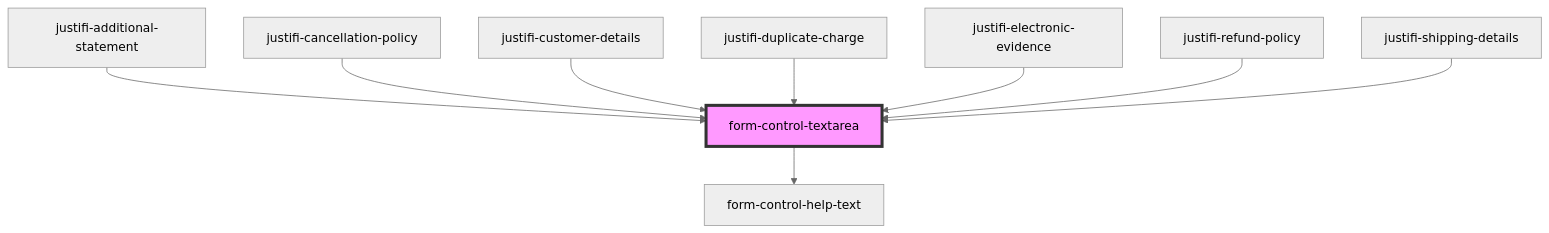
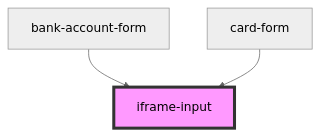
Before and after one commit to justifi-tech/web-component-library: the diagram in packages/webcomponents/src/ui-components/form/readme.md, drawn with Mermaid (neutral theme). The commit also changed other lines of this file and 2 other files, not shown here.

````diff
--- a/packages/webcomponents/src/ui-components/form/readme.md
+++ b/packages/webcomponents/src/ui-components/form/readme.md
@@ -59,12 +61,6 @@
 ```mermaid
 graph TD;
-  form-control-textarea --> form-control-help-text
-  justifi-additional-statement --> form-control-textarea
-  justifi-cancellation-policy --> form-control-textarea
-  justifi-customer-details --> form-control-textarea
-  justifi-duplicate-charge --> form-control-textarea
-  justifi-electronic-evidence --> form-control-textarea
-  justifi-refund-policy --> form-control-textarea
-  justifi-shipping-details --> form-control-textarea
-  style form-control-textarea fill:#f9f,stroke:#333,stroke-width:4px
+  bank-account-form --> iframe-input
+  card-form --> iframe-input
+  style iframe-input fill:#f9f,stroke:#333,stroke-width:4px
 ```
````
